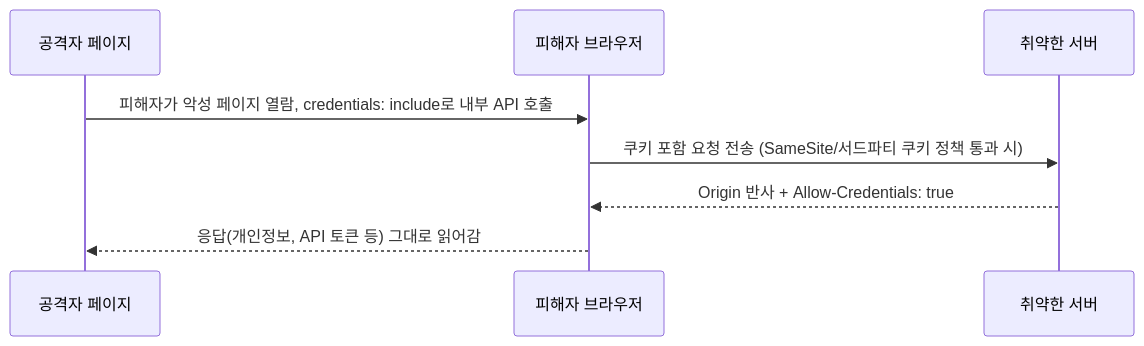
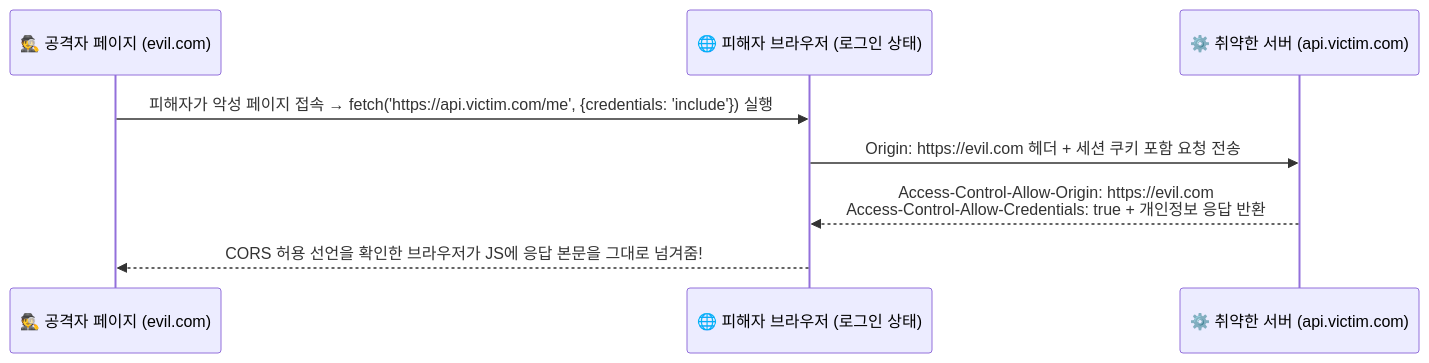
Before and after one commit to gooyong-sec/gooyong-sec.github.io: the second of 2 diagrams in content/웹취약점/웹 취약점 진단 설정편 — CORS·SOP부터 후속 공격까지.md, drawn with Mermaid. The commit also changed other lines of this file and 68 other files, not shown here.

````diff
--- a/content/웹취약점/웹 취약점 진단 설정편 — CORS·SOP부터 후속 공격까지.md
+++ b/content/웹취약점/웹 취약점 진단 설정편 — CORS·SOP부터 후속 공격까지.md
@@ -25,10 +49,10 @@
 ```mermaid
 sequenceDiagram
-    participant A as 공격자 페이지
-    participant V as 피해자 브라우저
-    participant S as 취약한 서버
-    A->>V: 피해자가 악성 페이지 열람, credentials: include로 내부 API 호출
-    V->>S: 쿠키 포함 요청 전송 (SameSite/서드파티 쿠키 정책 통과 시)
-    S-->>V: Origin 반사 + Allow-Credentials: true
-    V-->>A: 응답(개인정보, API 토큰 등) 그대로 읽어감
+    participant A as 🕵️ 공격자 페이지 (evil.com)
+    participant V as 🌐 피해자 브라우저 (로그인 상태)
+    participant S as ⚙️ 취약한 서버 (api.victim.com)
+    A->>V: 피해자가 악성 페이지 접속 → fetch('https://api.victim.com/me', {credentials: 'include'}) 실행
+    V->>S: Origin: https://evil.com 헤더 + 세션 쿠키 포함 요청 전송
+    S-->>V: Access-Control-Allow-Origin: https://evil.com<br/>Access-Control-Allow-Credentials: true + 개인정보 응답 반환
+    V-->>A: CORS 허용 선언을 확인한 브라우저가 JS에 응답 본문을 그대로 넘겨줌!
 ```
````
